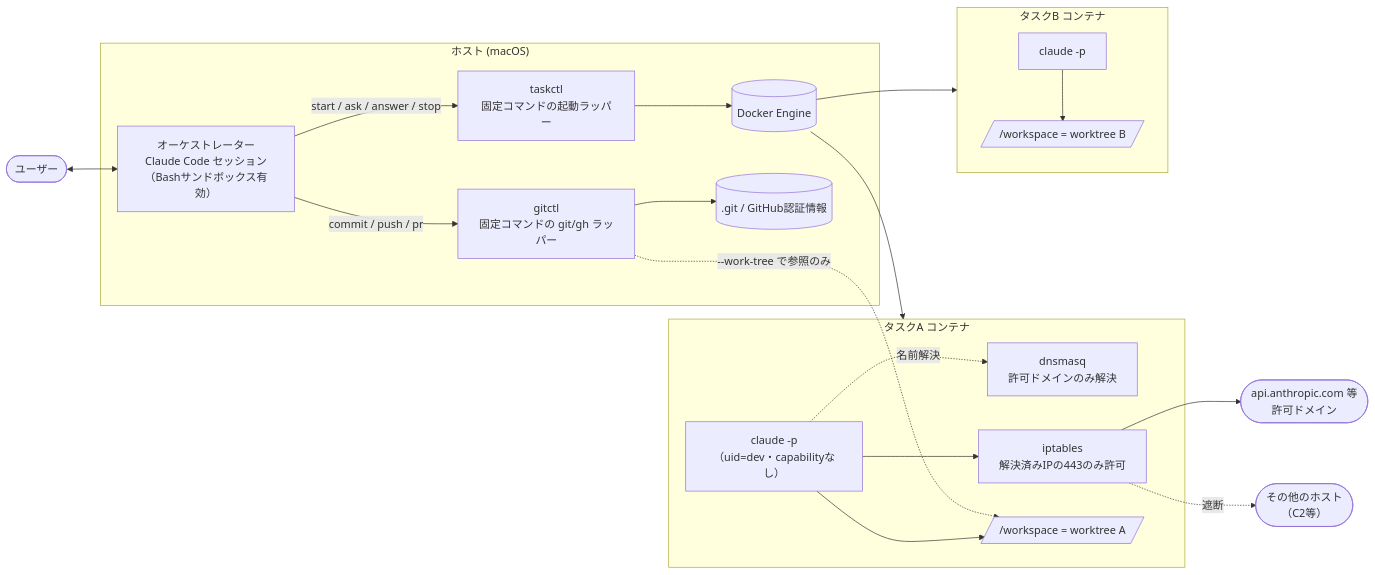
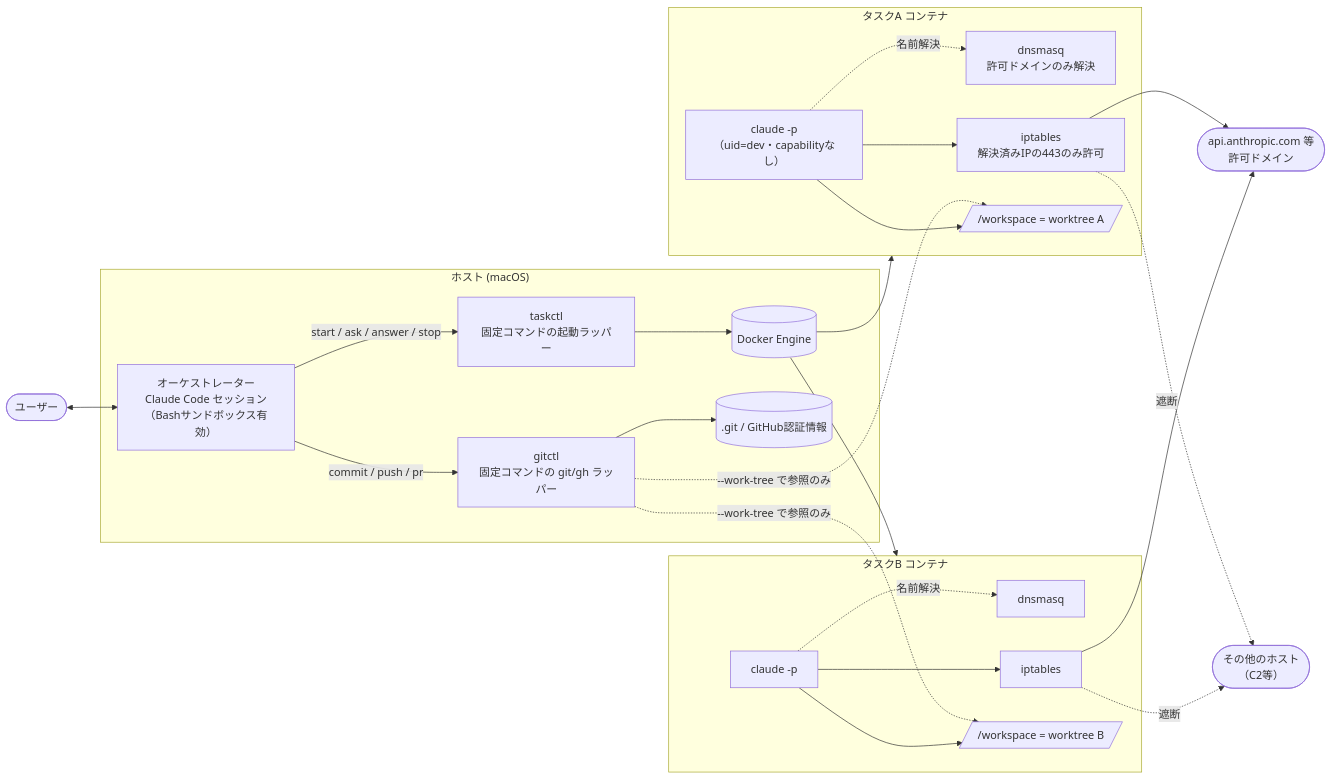
The diagram in docs/adr/ADR-035-orchestrator-subagent-coordination.md (Haya372/ai-trial), drawn with Mermaid before and after one commit. The commit also changed other lines of this file, not shown here.

Commit message:
docs: Draw firewall for every task container in ADR-035 diagram
Only task A showed dnsmasq/iptables, which could be read as task B
needing no egress restriction.

````diff
--- a/docs/adr/ADR-035-orchestrator-subagent-coordination.md
+++ b/docs/adr/ADR-035-orchestrator-subagent-coordination.md
@@ -34,41 +34,47 @@
 ```mermaid
 flowchart LR
     user([ユーザー])
 
     subgraph host["ホスト (macOS)"]
         orch["オーケストレーター<br/>Claude Code セッション<br/>（Bashサンドボックス有効）"]
         taskctl["taskctl<br/>固定コマンドの起動ラッパー"]
         gitctl["gitctl<br/>固定コマンドの git/gh ラッパー"]
         docker[("Docker Engine")]
         repo[(".git / GitHub認証情報")]
     end
 
     subgraph c1["タスクA コンテナ"]
         dns1["dnsmasq<br/>許可ドメインのみ解決"]
         fw1["iptables<br/>解決済みIPの443のみ許可"]
         sub1["claude -p<br/>（uid=dev・capabilityなし）"]
         wt1[/"/workspace = worktree A"/]
     end
 
     subgraph c2["タスクB コンテナ"]
+        dns2["dnsmasq"]
+        fw2["iptables"]
         sub2["claude -p"]
         wt2[/"/workspace = worktree B"/]
     end
 
     api(["api.anthropic.com 等<br/>許可ドメイン"])
     evil(["その他のホスト<br/>（C2等）"])
 
     user <--> orch
     orch -- "start / ask / answer / stop" --> taskctl
     orch -- "commit / push / pr" --> gitctl
     taskctl --> docker
     docker --> c1
     docker --> c2
     gitctl --> repo
     gitctl -. "--work-tree で参照のみ" .-> wt1
+    gitctl -. "--work-tree で参照のみ" .-> wt2
     sub1 --> wt1
     sub2 --> wt2
     sub1 --> fw1 --> api
+    sub2 --> fw2 --> api
     fw1 -. 遮断 .-> evil
+    fw2 -. 遮断 .-> evil
     sub1 -. 名前解決 .-> dns1
+    sub2 -. 名前解決 .-> dns2
 ```
````
